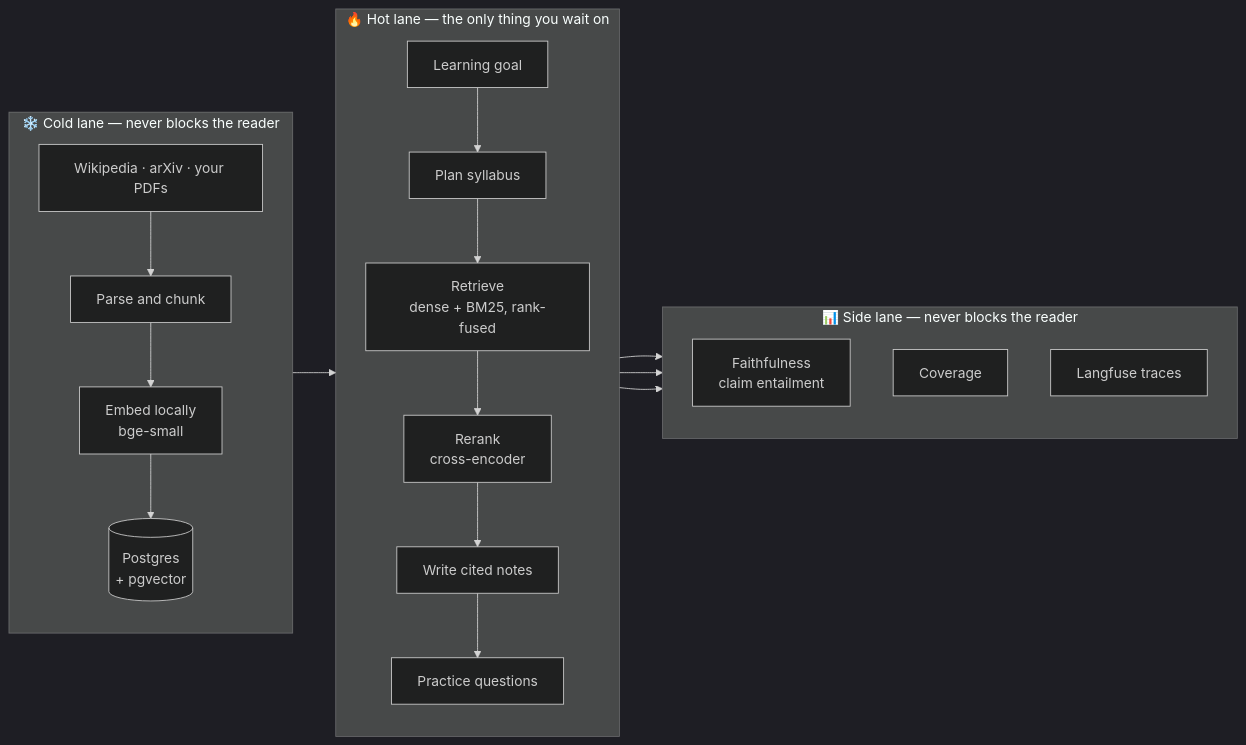
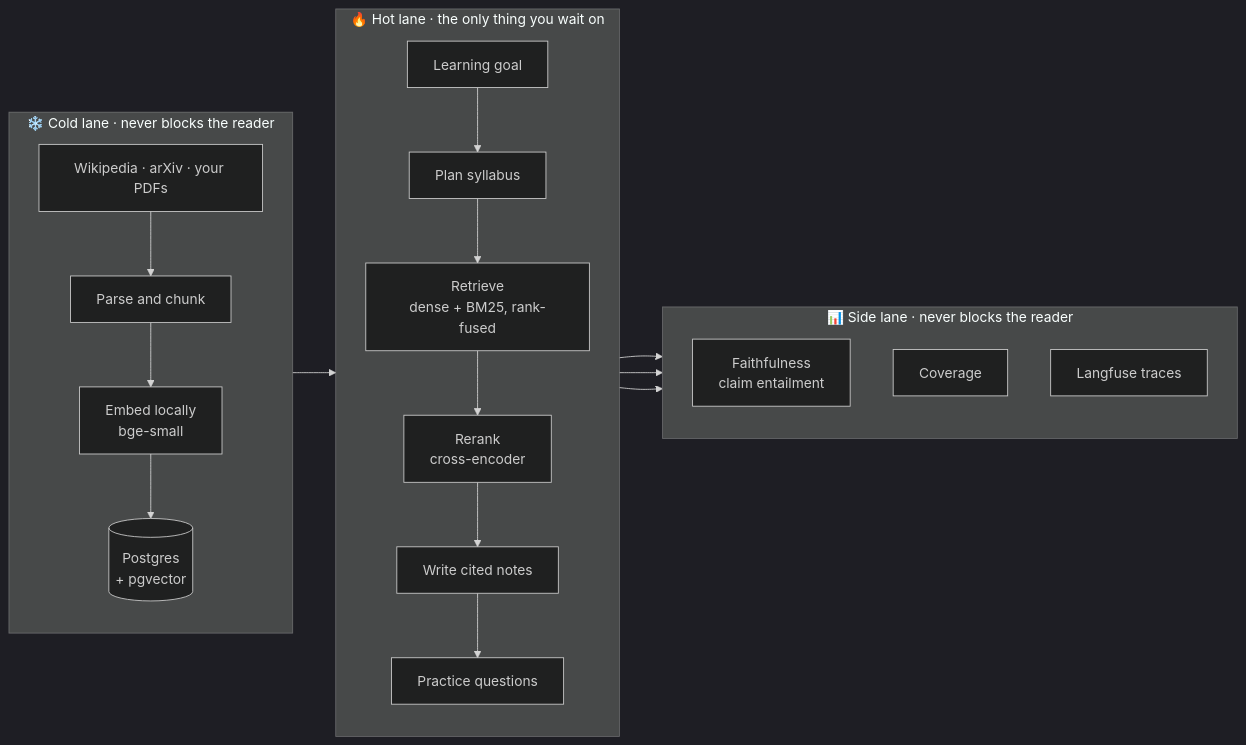
Before and after one commit to sssahoo-lang/notekit: the first of 2 diagrams in README.md, drawn with Mermaid (dark theme). The commit also changed other lines of this file, not shown here.

````diff
--- a/README.md
+++ b/README.md
@@ -125,30 +125,30 @@
 ```mermaid
 flowchart LR
-    subgraph cold["❄️ Cold lane — never blocks the reader"]
+    subgraph cold["❄️ Cold lane · never blocks the reader"]
         direction TB
         S1["Wikipedia · arXiv · your PDFs"] --> S2["Parse and chunk"]
         S2 --> S3["Embed locally<br/>bge-small"]
         S3 --> DB[("Postgres<br/>+ pgvector")]
     end
 
-    subgraph hot["🔥 Hot lane — the only thing you wait on"]
+    subgraph hot["🔥 Hot lane · the only thing you wait on"]
         direction TB
         G["Learning goal"] --> P["Plan syllabus"]
         P --> R["Retrieve<br/>dense + BM25, rank-fused"]
         R --> RR["Rerank<br/>cross-encoder"]
         RR --> W["Write cited notes"]
         W --> Q["Practice questions"]
     end
 
-    subgraph side["📊 Side lane — never blocks the reader"]
+    subgraph side["📊 Side lane · never blocks the reader"]
         direction TB
         F["Faithfulness<br/>claim entailment"]
         C["Coverage"]
         T["Langfuse traces"]
     end
 
     DB --> R
     W --> F
     W --> C
     W --> T
 ```
````
